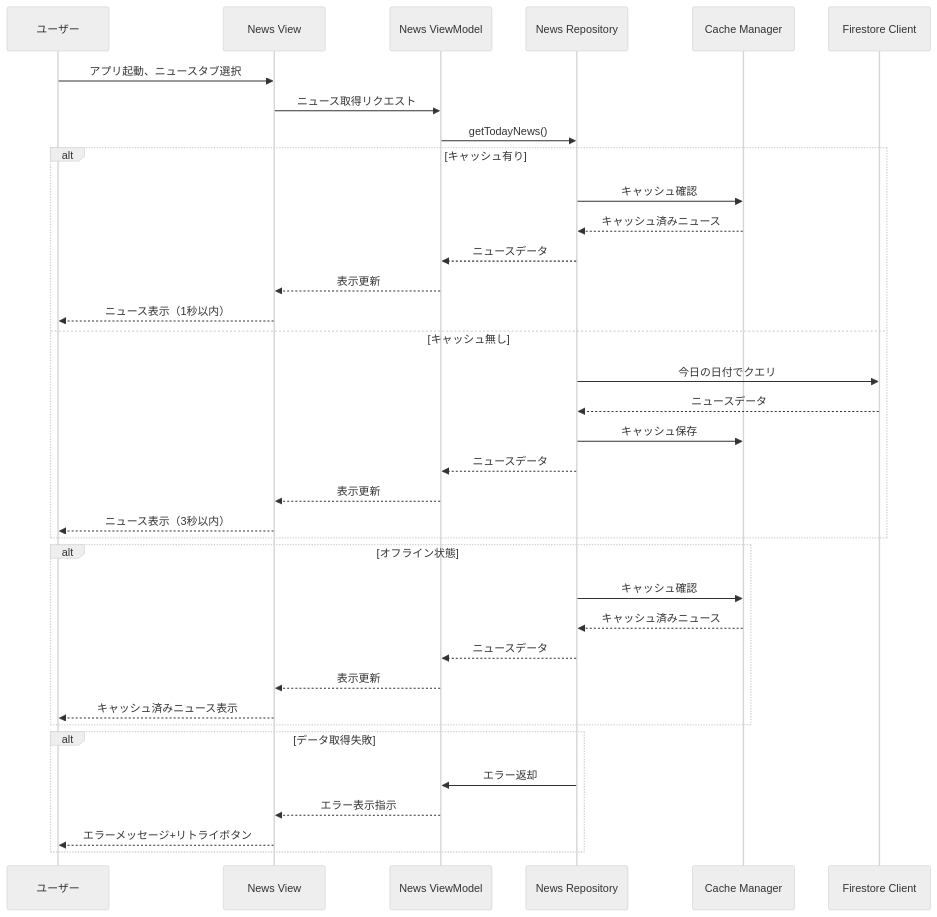
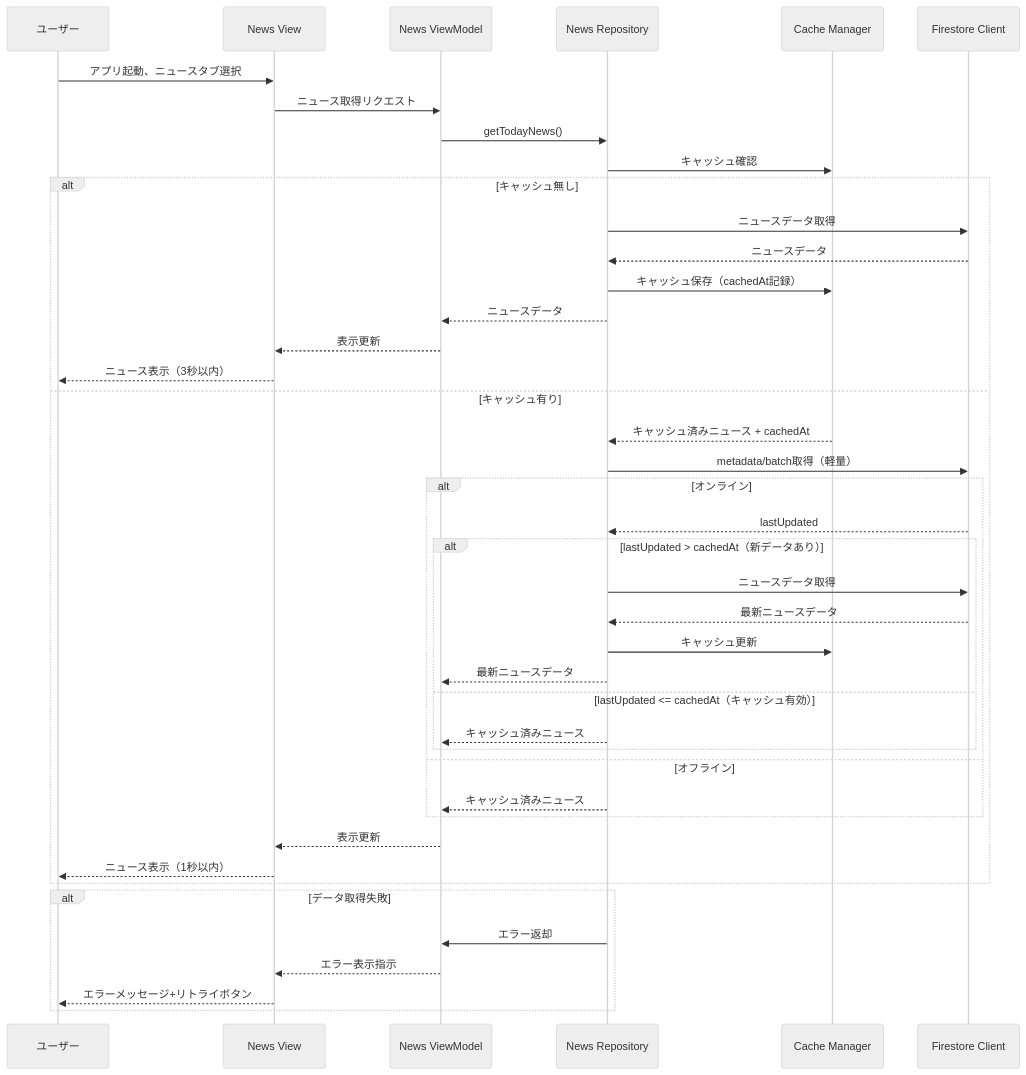
One commit to acmk189/invest-learning-app changed the fourth of 4 diagrams in .kiro/specs/investment-news-app/design.md. Above: the diagram before and after it, drawn with Mermaid (neutral theme). The commit also changed other lines of this file and 7 other files, not shown here.

````diff
--- a/.kiro/specs/investment-news-app/design.md
+++ b/.kiro/specs/investment-news-app/design.md
@@ -228,42 +234,47 @@
 ```mermaid
 sequenceDiagram
     participant User as ユーザー
     participant NewsView as News View
     participant NewsViewModel as News ViewModel
     participant NewsRepository as News Repository
     participant Cache as Cache Manager
     participant Firestore as Firestore Client
 
     User->>NewsView: アプリ起動、ニュースタブ選択
     NewsView->>NewsViewModel: ニュース取得リクエスト
     NewsViewModel->>NewsRepository: getTodayNews()
 
-    alt キャッシュ有り
-        NewsRepository->>Cache: キャッシュ確認
-        Cache-->>NewsRepository: キャッシュ済みニュース
-        NewsRepository-->>NewsViewModel: ニュースデータ
-        NewsViewModel-->>NewsView: 表示更新
-        NewsView-->>User: ニュース表示（1秒以内）
-    else キャッシュ無し
-        NewsRepository->>Firestore: 今日の日付でクエリ
+    NewsRepository->>Cache: キャッシュ確認
+    alt キャッシュ無し
+        NewsRepository->>Firestore: ニュースデータ取得
         Firestore-->>NewsRepository: ニュースデータ
-        NewsRepository->>Cache: キャッシュ保存
+        NewsRepository->>Cache: キャッシュ保存（cachedAt記録）
         NewsRepository-->>NewsViewModel: ニュースデータ
         NewsViewModel-->>NewsView: 表示更新
         NewsView-->>User: ニュース表示（3秒以内）
-    end
-
-    alt オフライン状態
-        NewsRepository->>Cache: キャッシュ確認
-        Cache-->>NewsRepository: キャッシュ済みニュース
-        NewsRepository-->>NewsViewModel: ニュースデータ
+    else キャッシュ有り
+        Cache-->>NewsRepository: キャッシュ済みニュース + cachedAt
+        NewsRepository->>Firestore: metadata/batch取得（軽量）
+        alt オンライン
+            Firestore-->>NewsRepository: lastUpdated
+            alt lastUpdated > cachedAt（新データあり）
+                NewsRepository->>Firestore: ニュースデータ取得
+                Firestore-->>NewsRepository: 最新ニュースデータ
+                NewsRepository->>Cache: キャッシュ更新
+                NewsRepository-->>NewsViewModel: 最新ニュースデータ
+            else lastUpdated <= cachedAt（キャッシュ有効）
+                NewsRepository-->>NewsViewModel: キャッシュ済みニュース
+            end
+        else オフライン
+            NewsRepository-->>NewsViewModel: キャッシュ済みニュース
+        end
         NewsViewModel-->>NewsView: 表示更新
-        NewsView-->>User: キャッシュ済みニュース表示
+        NewsView-->>User: ニュース表示（1秒以内）
     end
 
     alt データ取得失敗
         NewsRepository->>NewsViewModel: エラー返却
         NewsViewModel-->>NewsView: エラー表示指示
         NewsView-->>User: エラーメッセージ+リトライボタン
     end
 ```
````
